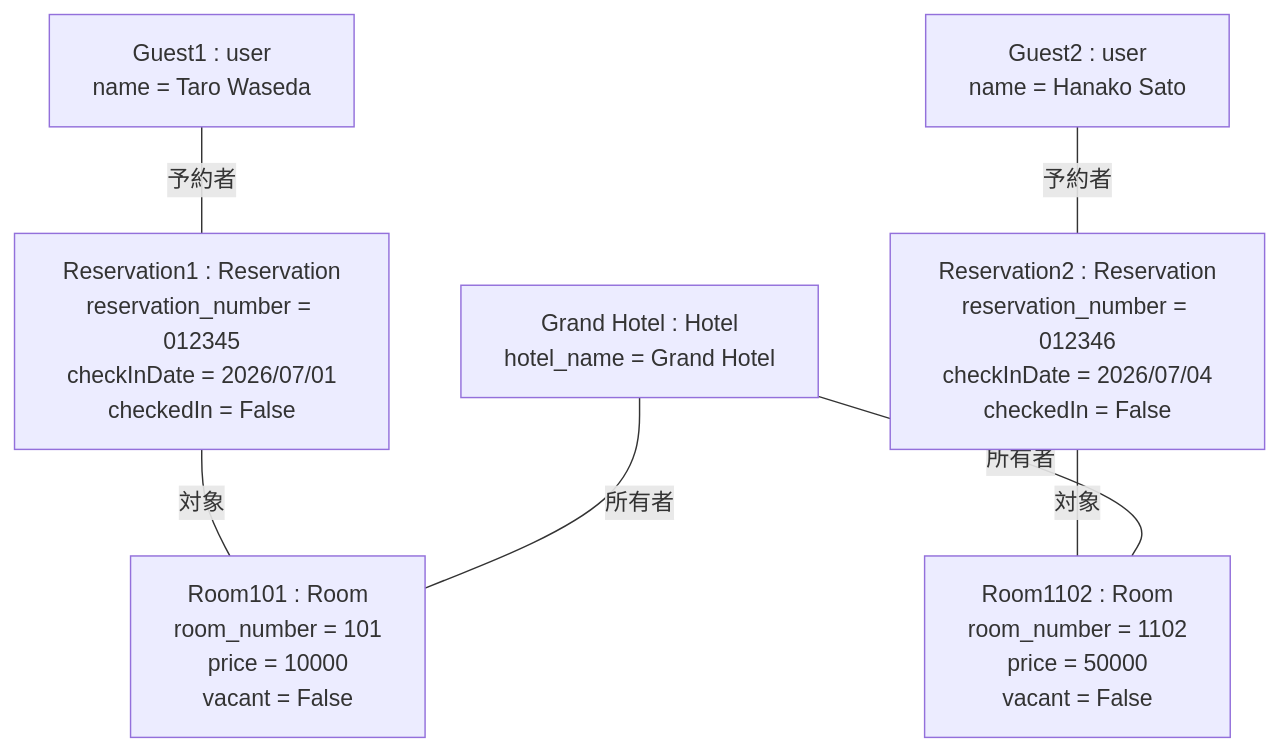
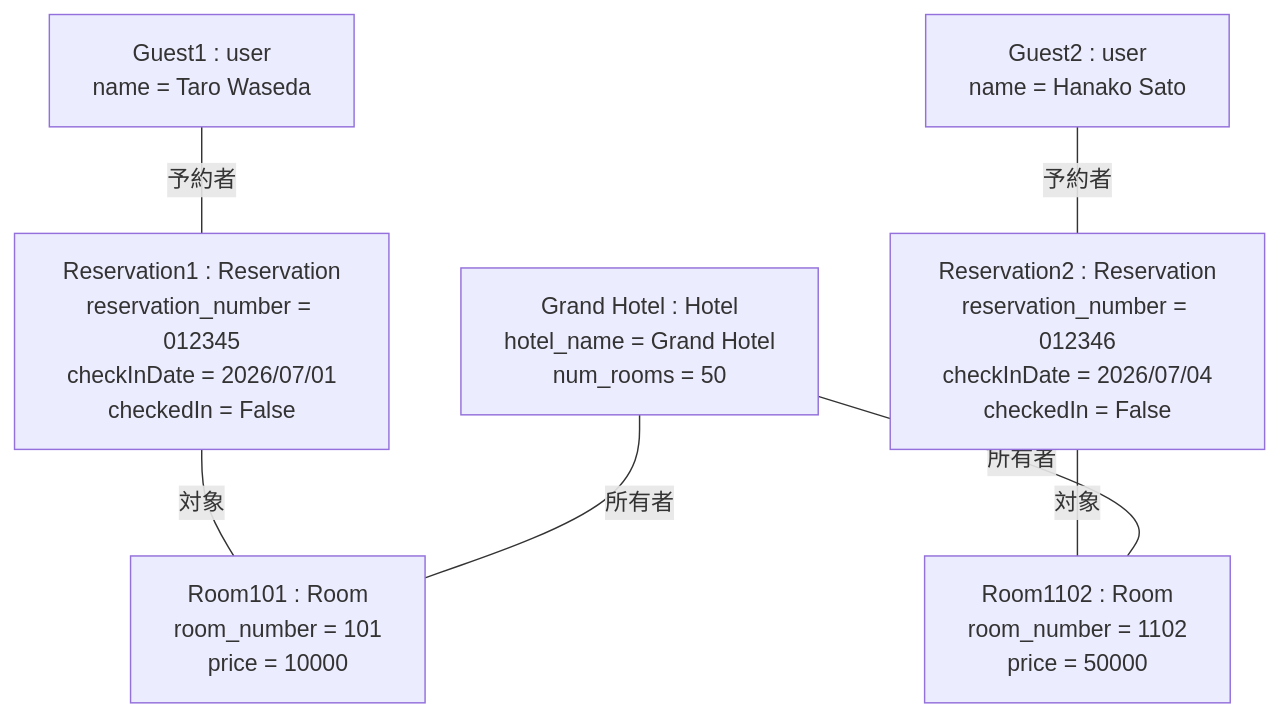
The second of 2 diagrams in Domain_Analysis.md (Kohki-tyl/HRS), drawn with Mermaid before and after one commit. The commit also changed other lines of this file, not shown here.

````diff
--- a/Domain_Analysis.md
+++ b/Domain_Analysis.md
@@ -76,17 +76,17 @@
 ```mermaid
 flowchart TB
-    H["Grand Hotel : Hotel<br/>hotel_name = Grand Hotel"]
+    H["Grand Hotel : Hotel<br/>hotel_name = Grand Hotel<br/>num_rooms = 50"]
     G1["Guest1 : user<br/>name = Taro Waseda"]
     G2["Guest2 : user<br/>name = Hanako Sato"]
     RV1["Reservation1 : Reservation<br/>reservation_number = 012345<br/>checkInDate = 2026/07/01<br/>checkedIn = False" ]
     RV2["Reservation2 : Reservation<br/>reservation_number = 012346<br/>checkInDate = 2026/07/04<br/>checkedIn = False"]
-    R1["Room101 : Room<br/>room_number = 101<br/>price = 10000<br/>vacant = False"]
-    R2["Room1102 : Room<br/>room_number = 1102<br/>price = 50000<br/>vacant = False"]
+    R1["Room101 : Room<br/>room_number = 101<br/>price = 10000"]
+    R2["Room1102 : Room<br/>room_number = 1102<br/>price = 50000"]
 
     G1 ---|予約者| RV1
     G2 ---|予約者| RV2
     RV1 ---|対象| R1
     RV2 ---|対象| R2
     H ---|所有者| R1
     H ---|所有者| R2
 ```
````
